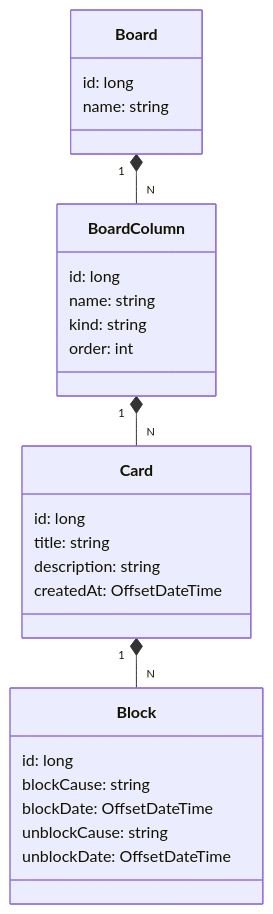
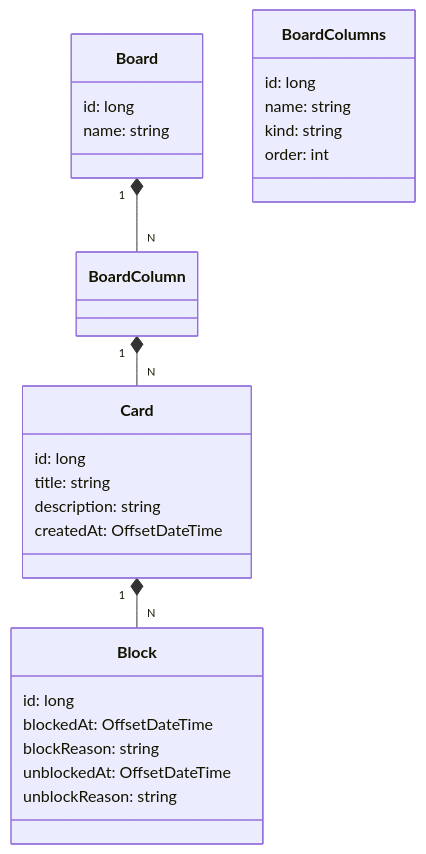
One commit to RinoaYK/board changed the diagram in README.md. Above: the diagram before and after it, drawn with Mermaid. The commit also changed 14 other files, not shown here.

````diff
--- a/README.md
+++ b/README.md
@@ -13,31 +13,31 @@
 ```mermaid
 classDiagram
     class Board {
         id: long
         name: string
     }
-    class BoardColumn {
+    class BoardColumns {
         id: long
         name: string
         kind: string
         order: int
     }
     class Card {
         id: long
         title: string
-        description: string
-        createdAt: OffsetDateTime
+        description: string   
+        createdAt: OffsetDateTime     
     }
     class Block {
-        id: long
-        blockCause: string
-        blockDate: OffsetDateTime
-        unblockCause: string
-        unblockDate: OffsetDateTime
+        id: long        
+        blockedAt: OffsetDateTime
+        blockReason: string
+        unblockedAt: OffsetDateTime
+        unblockReason: string
     }
 
   Board "1" *-- "N" BoardColumn
   BoardColumn "1" *-- "N" Card
   Card "1" *-- "N" Block
     
 ```
````
